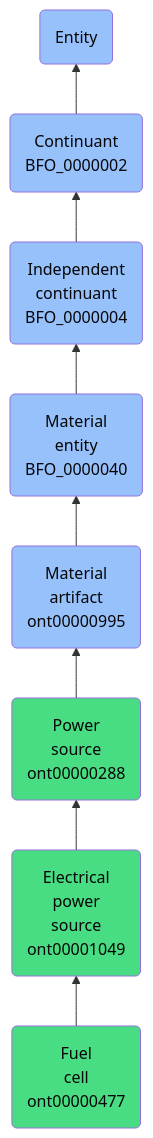
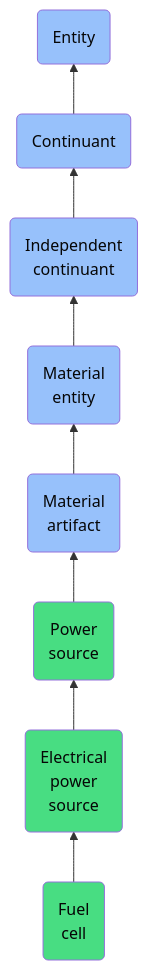
Before and after one commit to jupyter-naas/abi: the diagram in docs/ontology/reference/model/Entity/Continuant/Independent continuant/Material entity/Material artifact/Power source/Electrical power source/Fuel cell/Fuel cell.md, drawn with Mermaid. The commit also changed other lines of this file and 1430 other files, not shown here.

````diff
--- a/docs/ontology/reference/model/Entity/Continuant/Independent continuant/Material entity/Material artifact/Power source/Electrical power source/Fuel cell/Fuel cell.md
+++ b/docs/ontology/reference/model/Entity/Continuant/Independent continuant/Material entity/Material artifact/Power source/Electrical power source/Fuel cell/Fuel cell.md
@@ -24,15 +24,15 @@
 ```mermaid
 graph BT
-    ont00000477(Fuel<br>cell<br>ont00000477):::ABI-->ont00001049
-    ont00001049(Electrical<br>power<br>source<br>ont00001049):::ABI-->ont00000288
-    ont00000288(Power<br>source<br>ont00000288):::ABI-->ont00000995
-    ont00000995(Material<br>artifact<br>ont00000995):::BFO-->BFO_0000040
-    BFO_0000040(Material<br>entity<br>BFO_0000040):::BFO-->BFO_0000004
-    BFO_0000004(Independent<br>continuant<br>BFO_0000004):::BFO-->BFO_0000002
-    BFO_0000002(Continuant<br>BFO_0000002):::BFO-->BFO_0000001
+    ont00000477(Fuel<br>cell):::ABI-->ont00001049
+    ont00001049(Electrical<br>power<br>source):::ABI-->ont00000288
+    ont00000288(Power<br>source):::ABI-->ont00000995
+    ont00000995(Material<br>artifact):::BFO-->BFO_0000040
+    BFO_0000040(Material<br>entity):::BFO-->BFO_0000004
+    BFO_0000004(Independent<br>continuant):::BFO-->BFO_0000002
+    BFO_0000002(Continuant):::BFO-->BFO_0000001
     BFO_0000001(Entity):::BFO
     
     classDef BFO fill:#97c1fb,color:#060606
     classDef CCO fill:#e4c51e,color:#060606
     classDef ABI fill:#48DD82,color:#060606
 ```
````
